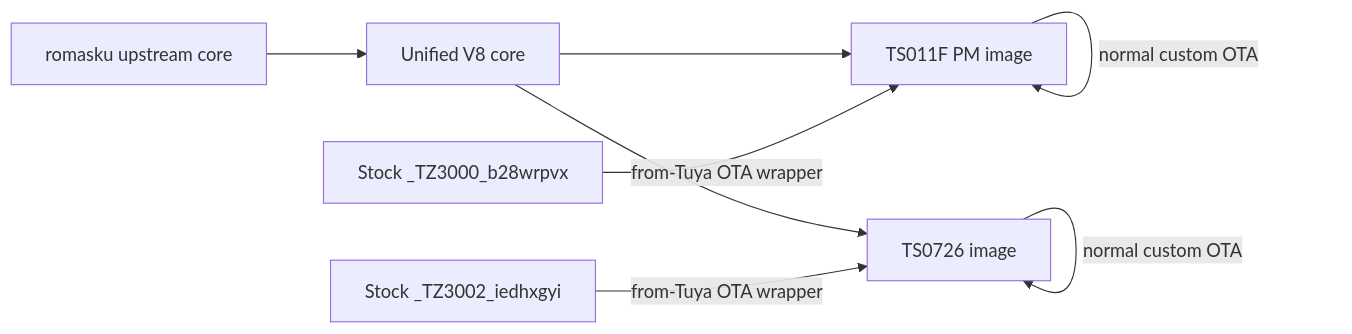
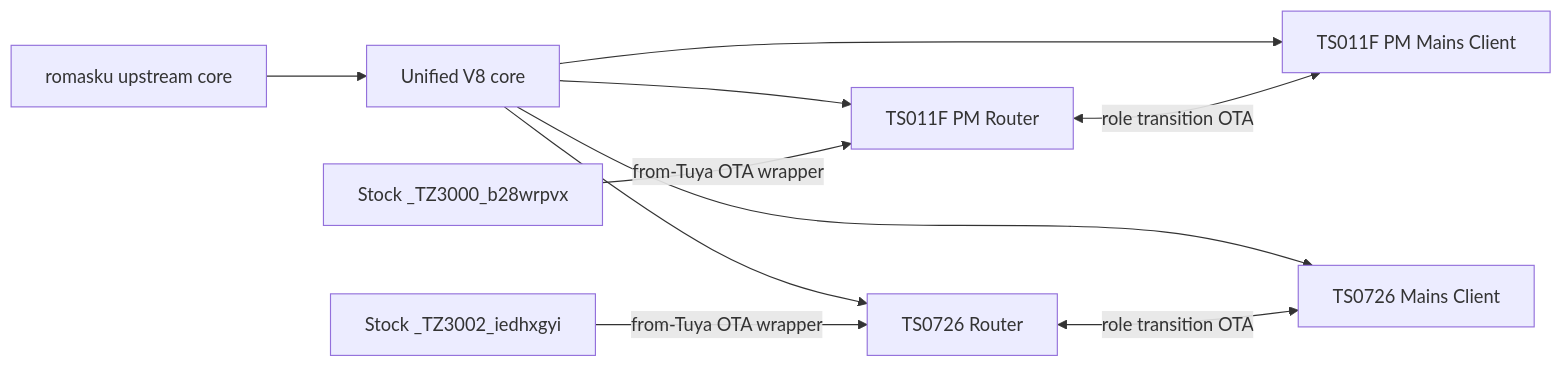
Before and after one commit to analienx/tuya-zigbee-switch: the diagram in README.md, drawn with Mermaid. The commit also changed other lines of this file, not shown here.

Commit message:
Explain Router and Mains Client roles on landing page

````diff
--- a/README.md
+++ b/README.md
@@ -102,10 +133,12 @@
 ```mermaid
 flowchart LR
     U[romasku upstream core] --> V[Unified V8 core]
-    V --> P[TS011F PM image]
-    V --> D[TS0726 image]
-    S1[Stock _TZ3000_b28wrpvx] -->|from-Tuya OTA wrapper| P
-    S2[Stock _TZ3002_iedhxgyi] -->|from-Tuya OTA wrapper| D
-    P -->|normal custom OTA| P
-    D -->|normal custom OTA| D
+    V --> PR[TS011F PM Router]
+    V --> PC[TS011F PM Mains Client]
+    V --> DR[TS0726 Router]
+    V --> DC[TS0726 Mains Client]
+    S1[Stock _TZ3000_b28wrpvx] -->|from-Tuya OTA wrapper| PR
+    S2[Stock _TZ3002_iedhxgyi] -->|from-Tuya OTA wrapper| DR
+    PR <-->|role transition OTA| PC
+    DR <-->|role transition OTA| DC
 ```
````
